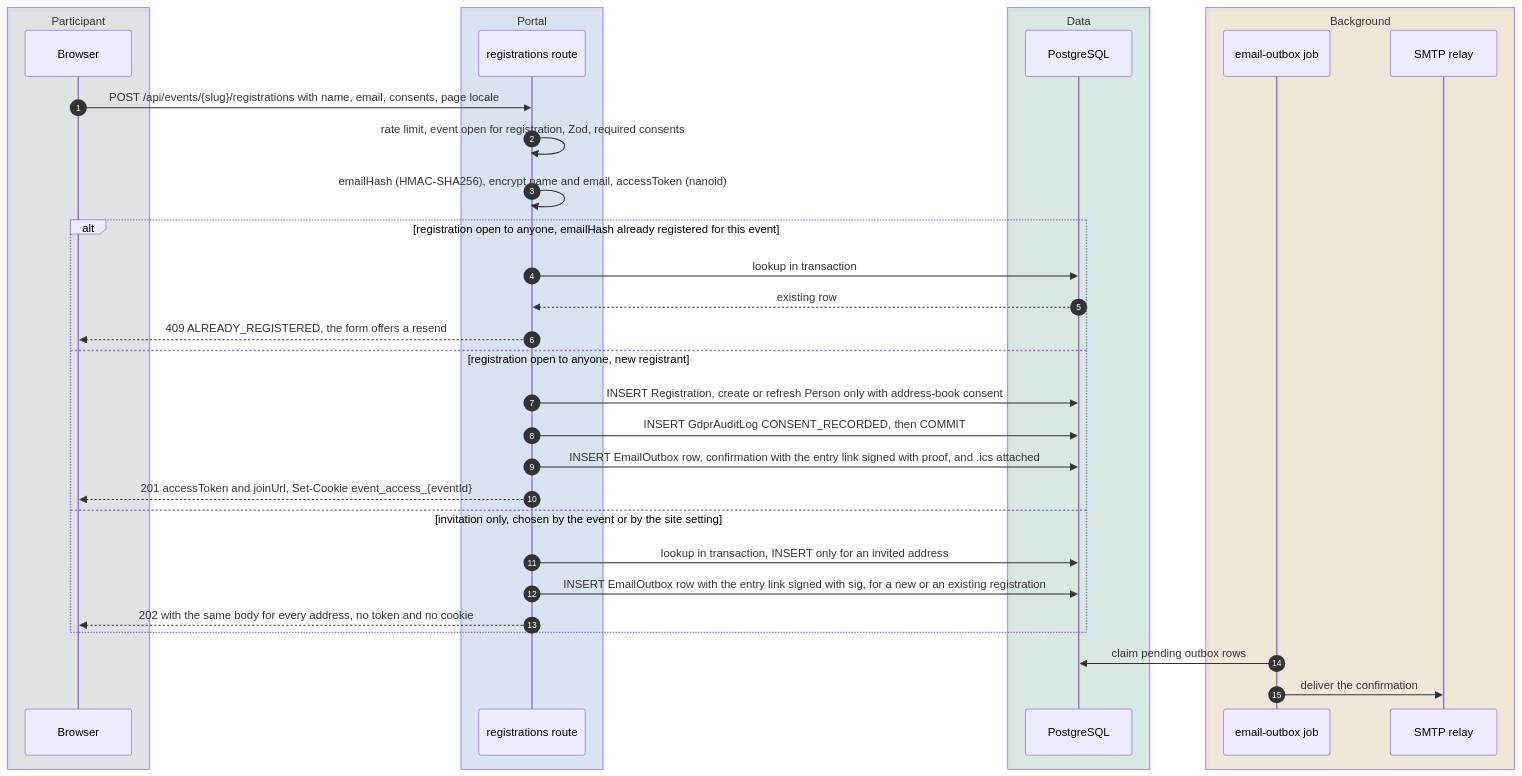
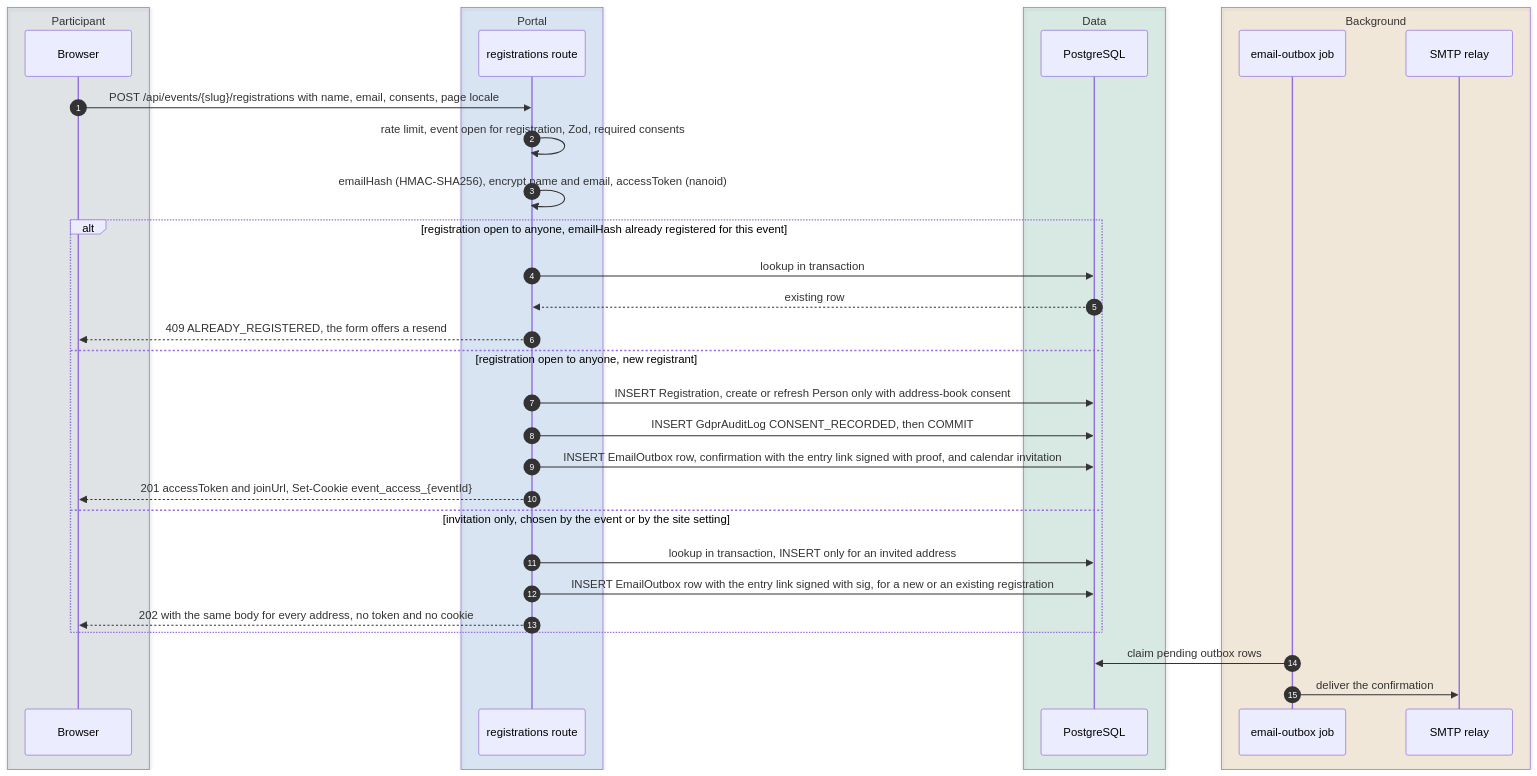
Before and after one commit to italia/pa-webinar: the third of 3 diagrams in docs/architecture/event-journey.md, drawn with Mermaid. The commit also changed other lines of this file and 33 other files, not shown here.

````diff
--- a/docs/architecture/event-journey.md
+++ b/docs/architecture/event-journey.md
@@ -263,36 +263,36 @@
 ```mermaid
 sequenceDiagram
   autonumber
   box rgba(92,111,130,0.14) Participant
     participant B as Browser
   end
   box rgba(0,102,204,0.12) Portal
     participant R as registrations route
   end
   box rgba(0,128,85,0.12) Data
     participant DB as PostgreSQL
   end
   box rgba(204,122,0,0.12) Background
     participant J as email-outbox job
     participant M as SMTP relay
   end
   B->>R: POST /api/events/{slug}/registrations with name, email, consents, page locale
   R->>R: rate limit, event open for registration, Zod, required consents
   R->>R: emailHash (HMAC-SHA256), encrypt name and email, accessToken (nanoid)
   alt registration open to anyone, emailHash already registered for this event
     R->>DB: lookup in transaction
     DB-->>R: existing row
     R-->>B: 409 ALREADY_REGISTERED, the form offers a resend
   else registration open to anyone, new registrant
     R->>DB: INSERT Registration, create or refresh Person only with address-book consent
     R->>DB: INSERT GdprAuditLog CONSENT_RECORDED, then COMMIT
-    R->>DB: INSERT EmailOutbox row, confirmation with the entry link signed with proof, and .ics attached
+    R->>DB: INSERT EmailOutbox row, confirmation with the entry link signed with proof, and calendar invitation
     R-->>B: 201 accessToken and joinUrl, Set-Cookie event_access_{eventId}
   else invitation only, chosen by the event or by the site setting
     R->>DB: lookup in transaction, INSERT only for an invited address
     R->>DB: INSERT EmailOutbox row with the entry link signed with sig, for a new or an existing registration
     R-->>B: 202 with the same body for every address, no token and no cookie
   end
   J->>DB: claim pending outbox rows
   J->>M: deliver the confirmation
 ```
````
